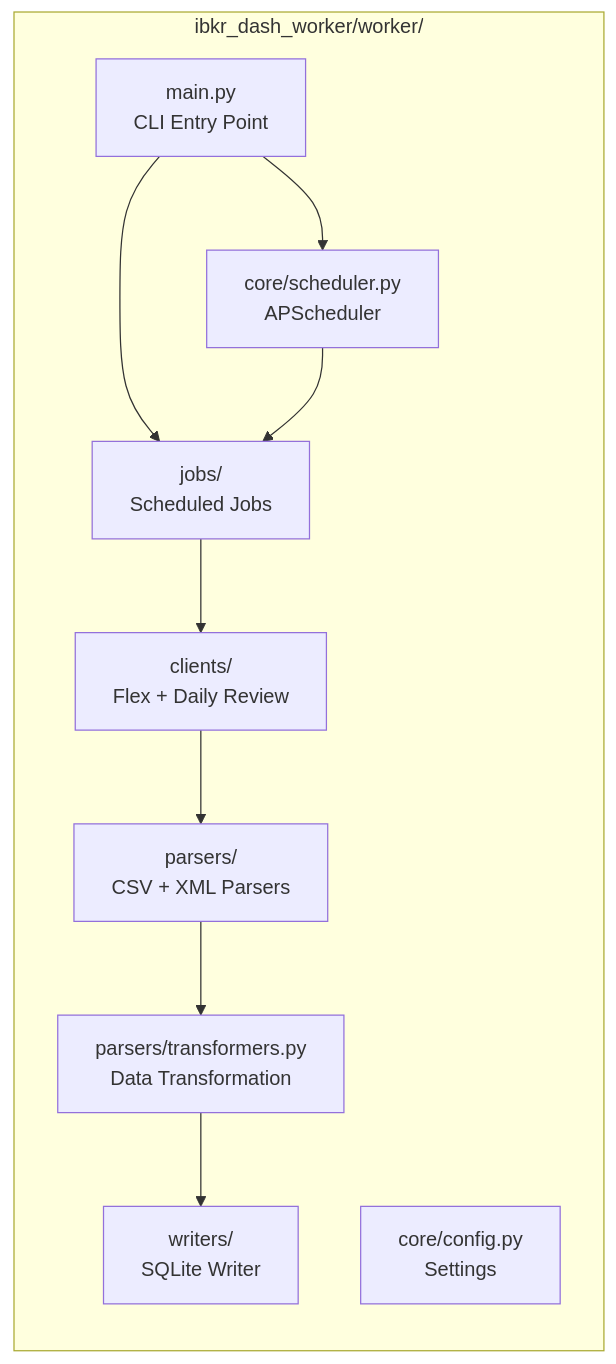
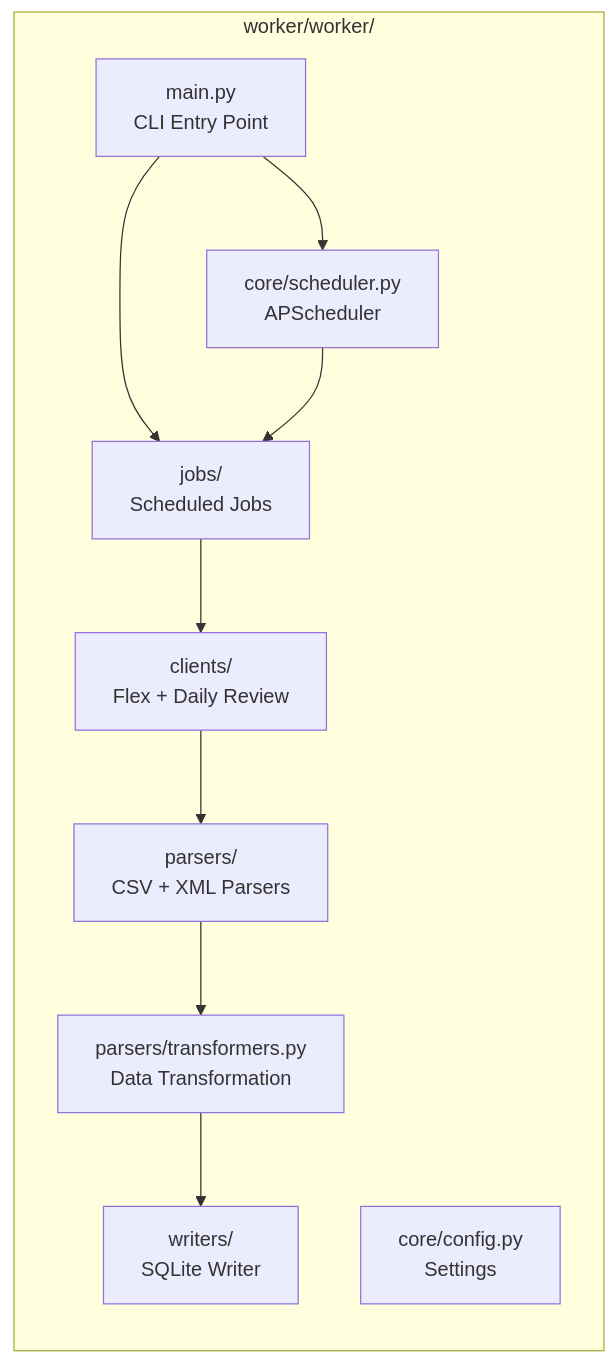
The fourth of 7 diagrams in docs/docs/architecture/overview.md (XUranus/ibkr-dash), drawn with Mermaid before and after one commit. The commit also changed other lines of this file and 373 other files, not shown here.

First line of the commit message:
refactor: rename ibkr_dash_{backend,frontend,worker} to {backend,frontend,worker}

````diff
--- a/docs/docs/architecture/overview.md
+++ b/docs/docs/architecture/overview.md
@@ -225,21 +225,21 @@
 ```mermaid
 graph LR
-    subgraph Worker ["ibkr_dash_worker/worker/"]
+    subgraph Worker ["worker/worker/"]
         Main["main.py<br/>CLI Entry Point"]
         Parsers["parsers/<br/>CSV + XML Parsers"]
         Transformers["parsers/transformers.py<br/>Data Transformation"]
         Writers["writers/<br/>SQLite Writer"]
         Clients["clients/<br/>Flex + Daily Review"]
         Jobs["jobs/<br/>Scheduled Jobs"]
         Scheduler["core/scheduler.py<br/>APScheduler"]
         Config["core/config.py<br/>Settings"]
     end
 
     Main --> Jobs
     Main --> Scheduler
     Jobs --> Clients
     Clients --> Parsers
     Parsers --> Transformers
     Transformers --> Writers
     Scheduler --> Jobs
 ```
````
